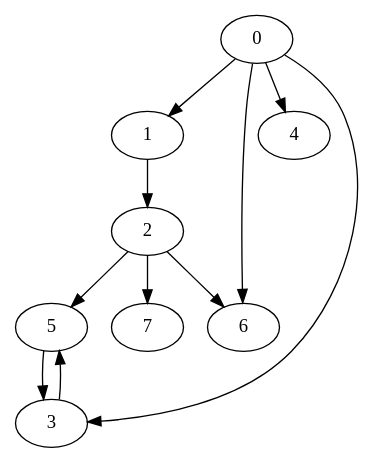
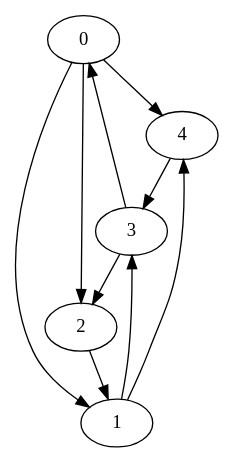
The diagram in src/graph.dot (bohdan200211/Johnson-s-algorithm), drawn with Graphviz before and after one commit. The commit also changed 6 other files, not shown here.

```diff
--- a/src/graph.dot
+++ b/src/graph.dot
@@ -1,12 +1,5 @@
-# 8
+# 5
 digraph G   {
-    0 -> 1 -> 2
-    0 -> 3
-    0 -> 4
-    2 -> 5
-    2 -> 6
-    2 -> 7
-    3 -> 5
-    0 -> 6
-    5 -> 3
+   0 -> 4 -> 3 -> 2 -> 1 -> 4
+   0 -> 1 -> 3 -> 0 -> 2
 }
```
